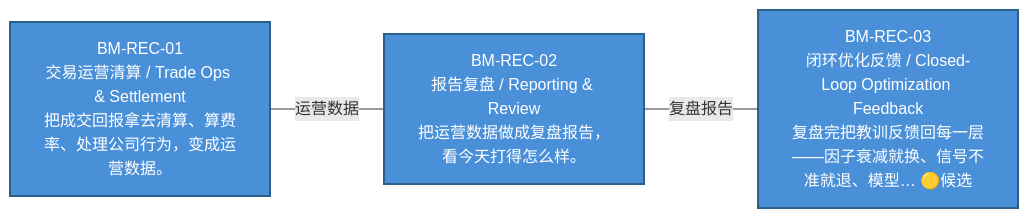
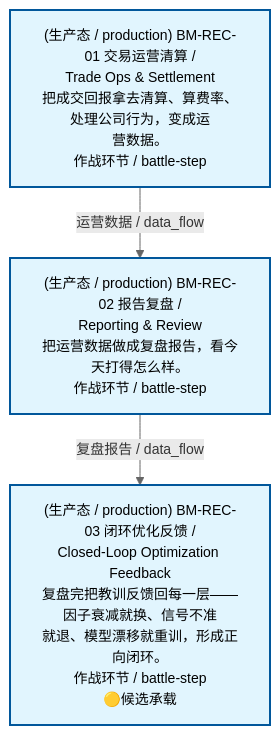
The diagram in docs/02_enterprise_architecture/07_trading_decision_architecture/battle_map/battle_map_06_reconciliation.md (xuanFelixVan/ZephyrAlpha), drawn with Mermaid before and after one commit. The commit also changed other lines of this file and 10 other files, not shown here.

First line of the commit message:
feat(battle_map): 按可视化视图模板升级作战地图全部文档

````diff
--- a/docs/02_enterprise_architecture/07_trading_decision_architecture/battle_map/battle_map_06_reconciliation.md
+++ b/docs/02_enterprise_architecture/07_trading_decision_architecture/battle_map/battle_map_06_reconciliation.md
@@ -15,14 +38,16 @@
 ```mermaid
+%%{init: {'theme': 'base', 'themeVariables': {'primaryColor': '#eaeaea', 'primaryTextColor': '#333333', 'primaryBorderColor': '#666666', 'lineColor': '#666666', 'secondaryColor': '#eaeaea', 'tertiaryColor': '#eaeaea', 'clusterBkg': 'transparent', 'clusterBorder': 'transparent', 'fontSize': '14px'}}}%%
 %% 对账阶段图
-flowchart LR
-    BM_REC_01["BM-REC-01\n交易运营清算 / Trade Ops & Settlement\n把成交回报拿去清算、算费率、处理公司行为，变成运营数据。"]:::production
-    BM_REC_02["BM-REC-02\n报告复盘 / Reporting & Review\n把运营数据做成复盘报告，看今天打得怎么样。"]:::production
-    BM_REC_03["BM-REC-03\n闭环优化反馈 / Closed-Loop Optimization Feedback\n复盘完把教训反馈回每一层——因子衰减就换、信号不准就退、模型… 🟡候选"]:::production
-    BM_REC_01 --- |运营数据| BM_REC_02
-    BM_REC_02 --- |复盘报告| BM_REC_03
-classDef production fill:#4A90D9,stroke:#2C5F8A,color:#fff,stroke-width:2px;
-classDef design fill:#E8A33D,stroke:#B57520,color:#fff,stroke-width:2px,stroke-dasharray: 5 5;
-classDef deprecated fill:#D93636,stroke:#A02020,color:#fff,stroke-width:2px;
-classDef missing fill:#BBBBBB,stroke:#888888,color:#fff,stroke-width:2px;
-classDef candidate fill:#F4D03F,stroke:#B7950B,color:#000,stroke-width:2px;
+flowchart TD
+    BM_REC_01["(生产态 / production) BM-REC-01 交易运营清算 /<br/>Trade Ops & Settlement<br/>把成交回报拿去清算、算费率、处理公司行为，变成运<br/>营数据。<br/>作战环节 / battle-step"]
+    BM_REC_02["(生产态 / production) BM-REC-02 报告复盘 /<br/>Reporting & Review<br/>把运营数据做成复盘报告，看今天打得怎么样。<br/>作战环节 / battle-step"]
+    BM_REC_03["(生产态 / production) BM-REC-03 闭环优化反馈 /<br/>Closed-Loop Optimization Feedback<br/>复盘完把教训反馈回每一层——因子衰减就换、信号不准<br/>就退、模型漂移就重训，形成正向闭环。<br/>作战环节 / battle-step<br/>🟡候选承载"]
+    BM_REC_01 -->|运营数据 / data_flow| BM_REC_02
+    BM_REC_02 -->|复盘报告 / data_flow| BM_REC_03
+classDef production fill:#e1f5fe,stroke:#01579b,stroke-width:2px,color:#000
+classDef design fill:#fff3e0,stroke:#e65100,stroke-width:2px,color:#000,stroke-dasharray: 5 5
+classDef deprecated fill:#ffebee,stroke:#c62828,stroke-width:2px,color:#000
+classDef missing fill:#eeeeee,stroke:#9e9e9e,stroke-width:2px,color:#000
+classDef candidate fill:#fffde7,stroke:#f9a825,stroke-width:2px,color:#000,stroke-dasharray: 5 5
+    class BM_REC_01,BM_REC_02,BM_REC_03 production
 ```
````
